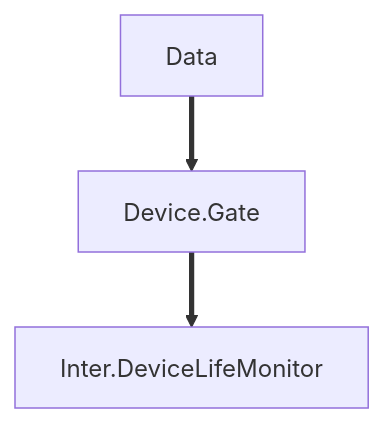
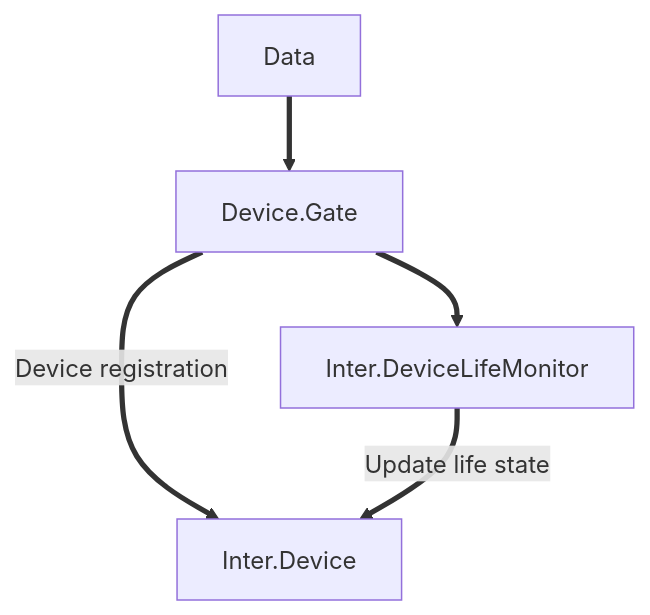
The third of 3 diagrams in profile/README.md (InterMW/.github), drawn with Mermaid before and after one commit. The commit also changed other lines of this file, not shown here.

````diff
--- a/profile/README.md
+++ b/profile/README.md
@@ -40,5 +39,7 @@
 ```mermaid
 graph TD;
     Data ==> Device.Gate;
     Device.Gate ==> Inter.DeviceLifeMonitor;
+    Device.Gate ==> | Device registration | Inter.Device;
+    Inter.DeviceLifeMonitor ==> | Update life state | Inter.Device;
 ```
````
